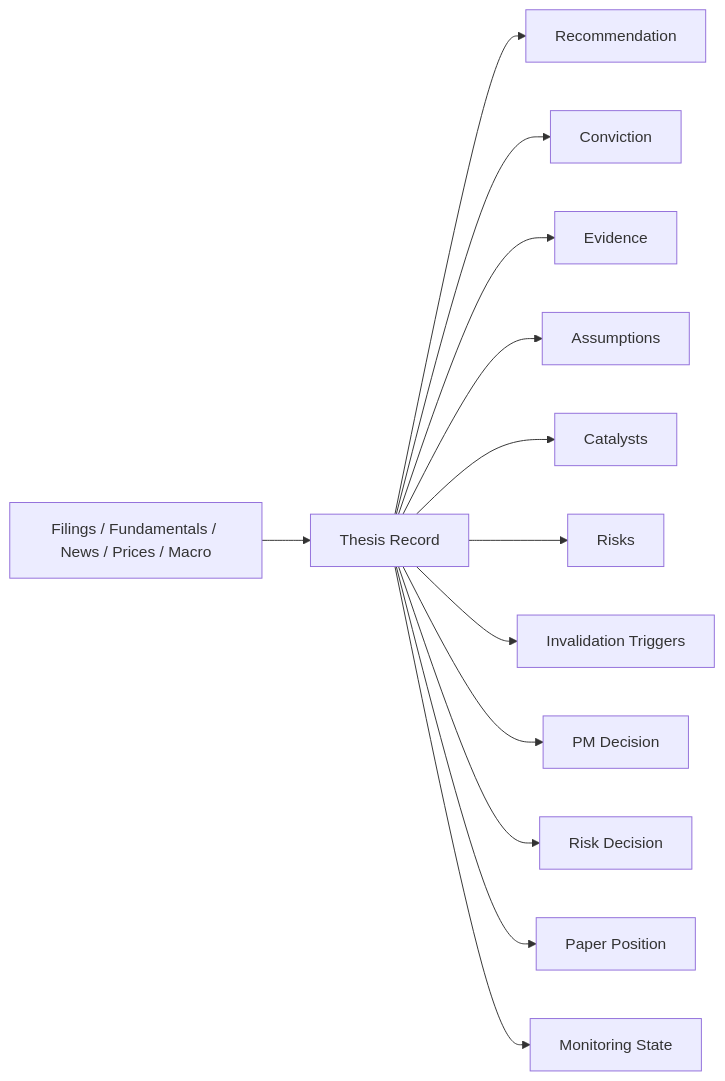
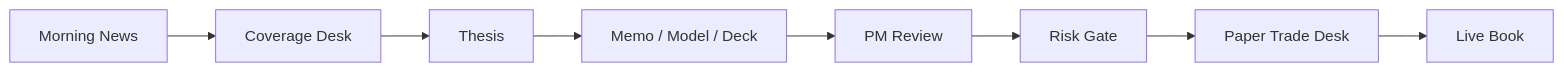
One commit to Taz33m/citadail changed the diagram in README.md. Above: the diagram before and after it, drawn with Mermaid. The commit also changed other lines of this file and 19 other files, not shown here.

````diff
--- a/README.md
+++ b/README.md
@@ -140,15 +49,10 @@
 ```mermaid
 flowchart LR
-  Inputs["Filings / Fundamentals / News / Prices / Macro"] --> TR["Thesis Record"]
-  TR --> Rec["Recommendation"]
-  TR --> Conviction["Conviction"]
-  TR --> Evidence["Evidence"]
-  TR --> Assumptions["Assumptions"]
-  TR --> Catalysts["Catalysts"]
-  TR --> Risks["Risks"]
-  TR --> Invalidation["Invalidation Triggers"]
-  TR --> PM["PM Decision"]
-  TR --> Risk["Risk Decision"]
-  TR --> Paper["Paper Position"]
-  TR --> Monitor["Monitoring State"]
+  News["Morning News"] --> Coverage["Coverage Desk"]
+  Coverage --> Thesis["Thesis"]
+  Thesis --> Artifacts["Memo / Model / Deck"]
+  Artifacts --> PM["PM Review"]
+  PM --> Risk["Risk Gate"]
+  Risk --> Desk["Paper Trade Desk"]
+  Desk --> Book["Live Book"]
 ```
````
